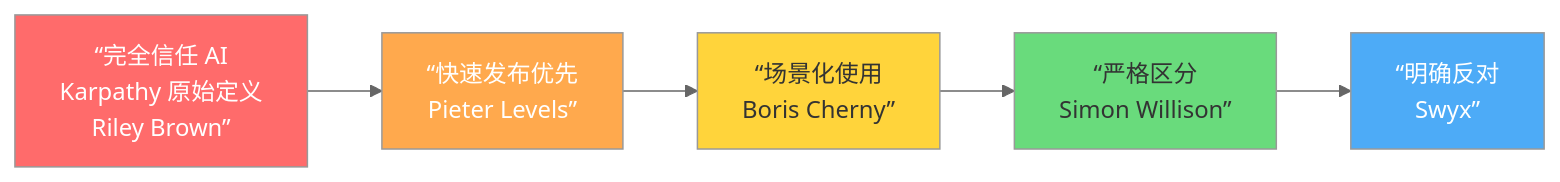
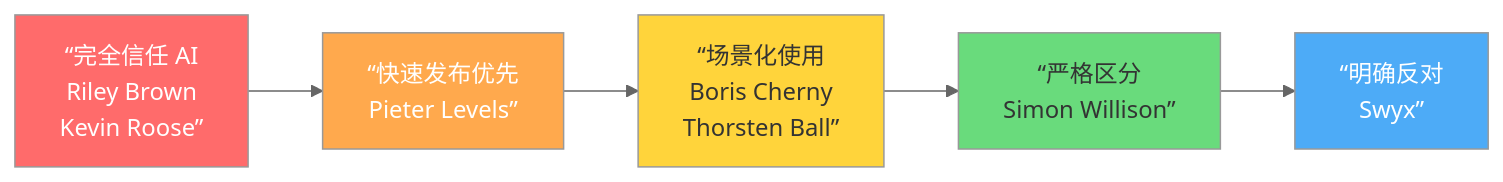
One commit to blueberrycongee/vibe-coding-101 changed the diagram in docs/00-overview.md. Above: the diagram before and after it, drawn with Mermaid (neutral theme). The commit also changed other lines of this file and 11 other files, not shown here.

````diff
--- a/docs/00-overview.md
+++ b/docs/00-overview.md
@@ -27,13 +27,13 @@
 ```mermaid
 graph LR
-    A[“完全信任 AI<br/>Karpathy 原始定义<br/>Riley Brown”] --> B[“快速发布优先<br/>Pieter Levels”]
-    B --> C[“场景化使用<br/>Boris Cherny”]
+    A[“完全信任 AI<br/>Riley Brown<br/>Kevin Roose”] --> B[“快速发布优先<br/>Pieter Levels”]
+    B --> C[“场景化使用<br/>Boris Cherny<br/>Thorsten Ball”]
     C --> D[“严格区分<br/>Simon Willison”]
     D --> E[“明确反对<br/>Swyx”]
 
     style A fill:#ff6b6b,color:#fff
     style B fill:#ffa94d,color:#fff
     style C fill:#ffd43b,color:#333
     style D fill:#69db7c,color:#333
     style E fill:#4dabf7,color:#fff
 ```
````
